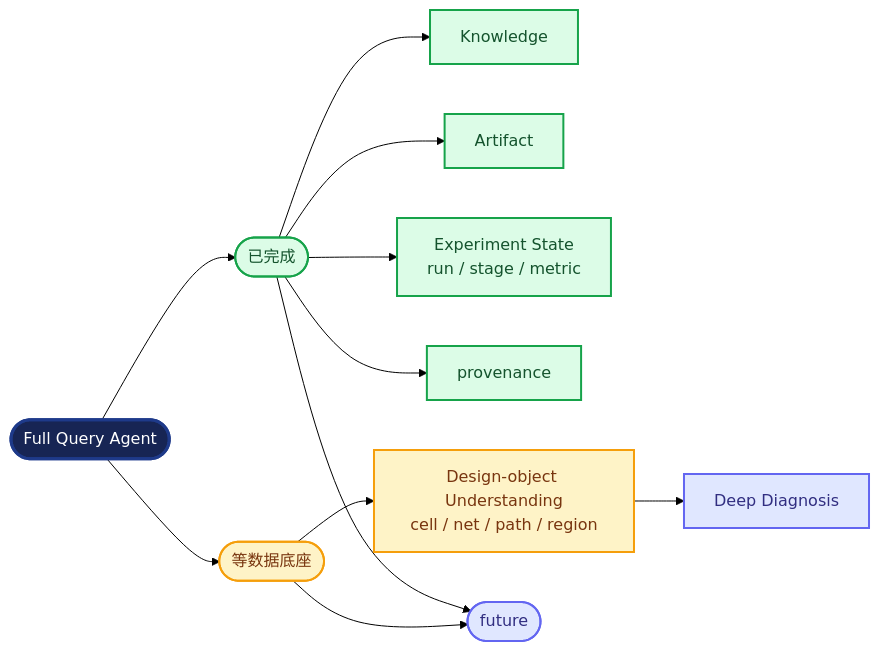
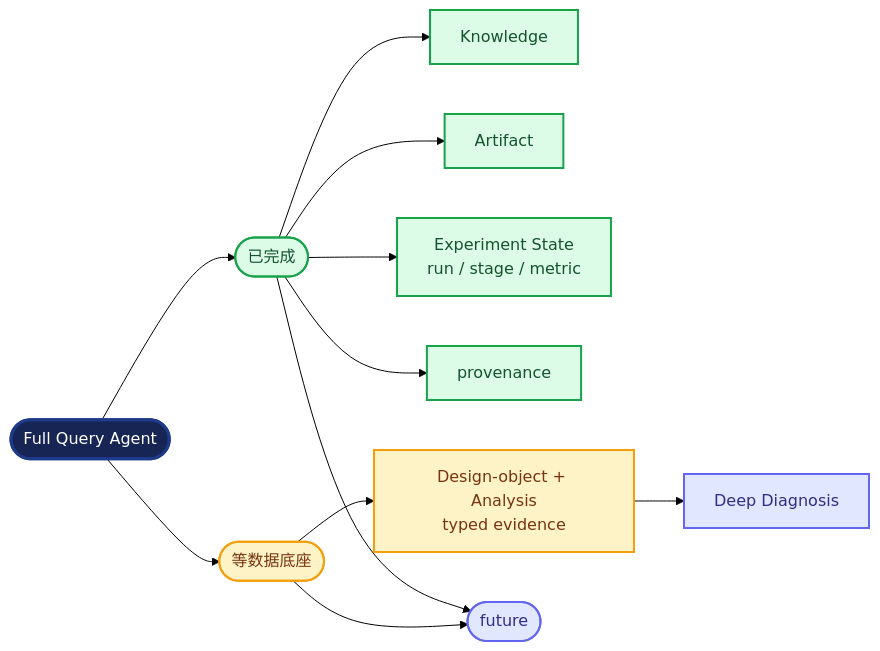
One commit to CODA-Team/ChipEvolve changed the diagram in docs/tomorrow-report.md. Above: the diagram before and after it, drawn with Mermaid (forest theme). The commit also changed other lines of this file and 28 other files, not shown here.

Commit message:
phase3b: add typed timing analysis understanding

````diff
--- a/docs/tomorrow-report.md
+++ b/docs/tomorrow-report.md
@@ -28,17 +28,17 @@
 ```mermaid
 flowchart LR
     F([Full Query Agent]):::root --> C([已完成]):::done
     F --> W([等数据底座]):::wait
     C --> K[Knowledge]:::done
     C --> A[Artifact]:::done
     C --> E[Experiment State<br/>run / stage / metric]:::done
     C --> P[provenance]:::done
-    W --> O[Design-object Understanding<br/>cell / net / path / region]:::wait
+    W --> O[Design-object + Analysis<br/>typed evidence]:::wait
     O --> D[Deep Diagnosis]:::future
     C --> N([future]):::future
     W --> N
     classDef root fill:#172554,color:#fff,stroke:#1e3a8a,stroke-width:3px
     classDef done fill:#dcfce7,color:#14532d,stroke:#16a34a,stroke-width:2px
     classDef wait fill:#fef3c7,color:#78350f,stroke:#f59e0b,stroke-width:2px
     classDef future fill:#e0e7ff,color:#312e81,stroke:#6366f1,stroke-width:2px
 ```
````
